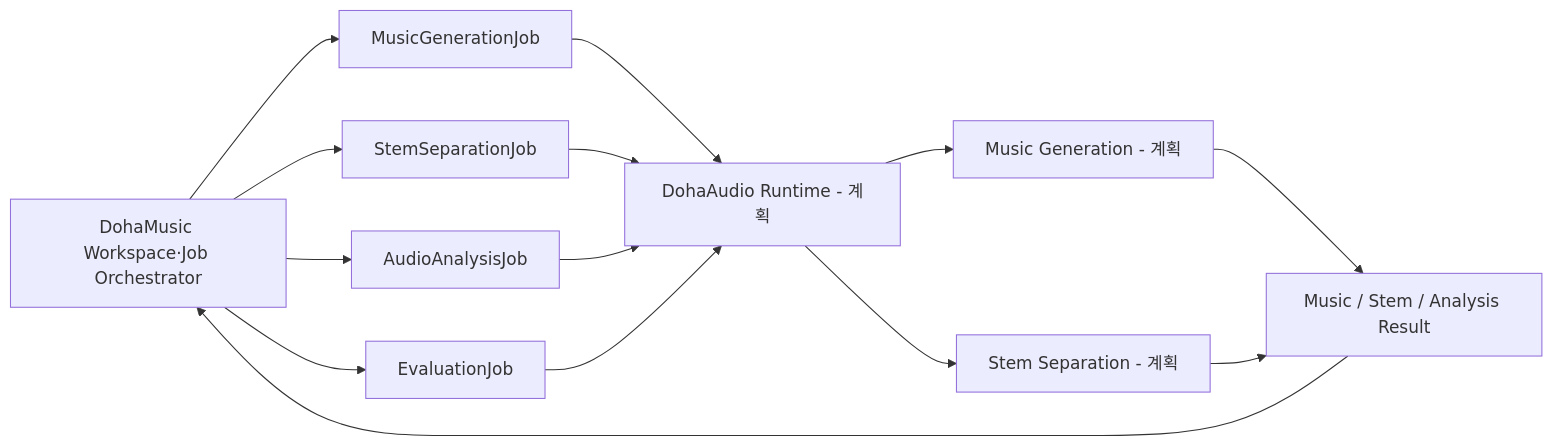
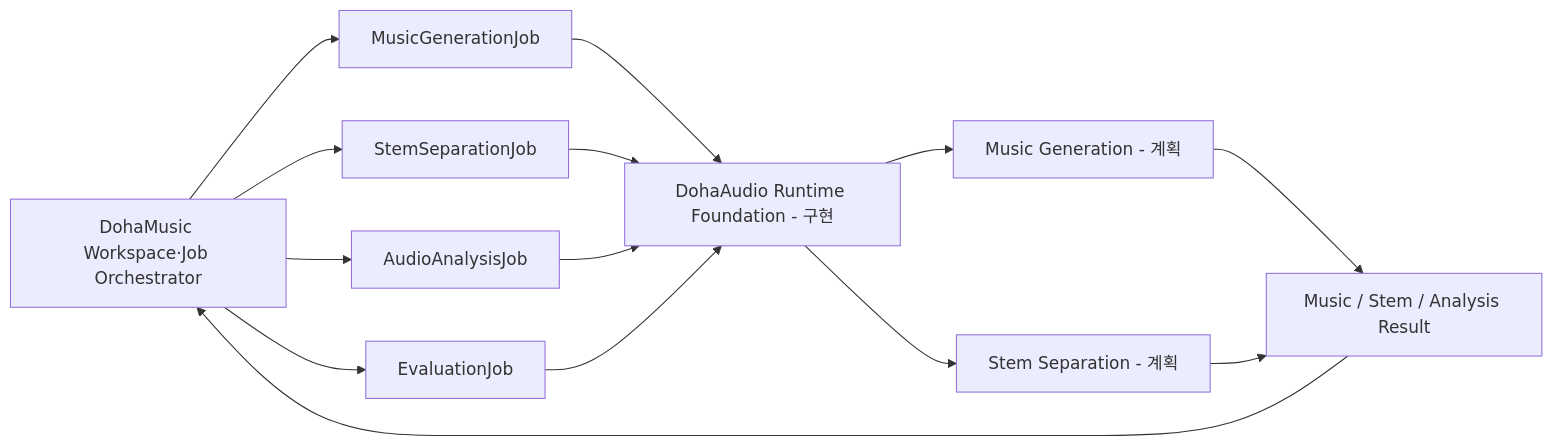
One commit to DohaStudio/DohaAudio changed the diagram in README.md. Above: the diagram before and after it, drawn with Mermaid. The commit also changed other lines of this file and 29 other files, not shown here.

Commit message:
feat: add DohaAudio pre-training runtime foundation

````diff
--- a/README.md
+++ b/README.md
@@ -41,19 +42,19 @@
 ```mermaid
 flowchart LR
     DM[DohaMusic Workspace·Job Orchestrator]
     MGJ[MusicGenerationJob]
     SSJ[StemSeparationJob]
     AAJ[AudioAnalysisJob]
     EVJ[EvaluationJob]
-    RT[DohaAudio Runtime - 계획]
+    RT[DohaAudio Runtime Foundation - 구현]
     MG[Music Generation - 계획]
     SS[Stem Separation - 계획]
     ASSET[Music / Stem / Analysis Result]
 
     DM --> MGJ --> RT
     DM --> SSJ --> RT
     DM --> AAJ --> RT
     DM --> EVJ --> RT
     RT --> MG --> ASSET --> DM
     RT --> SS --> ASSET
 ```
````
